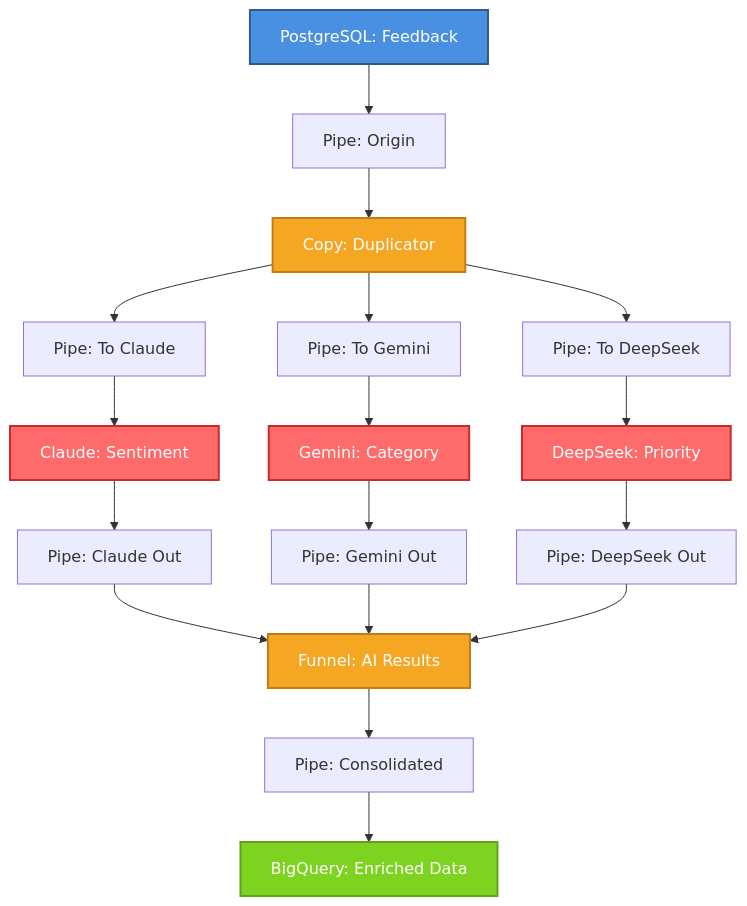
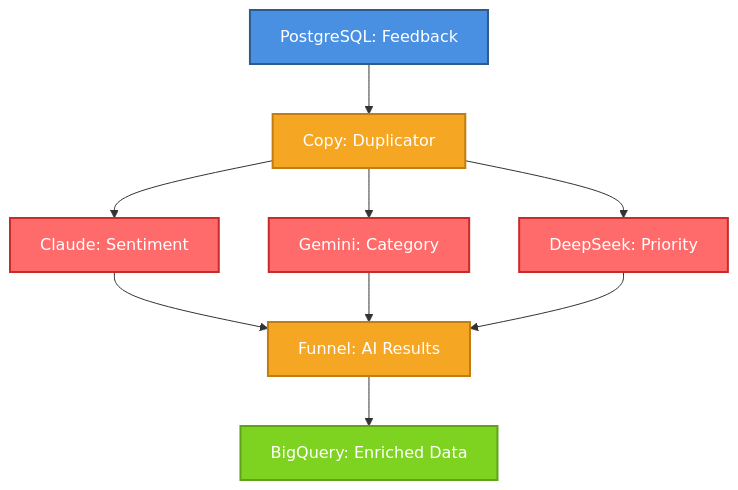
One commit to bernardo-colorado-dubois/open-stage changed the third of 6 diagrams in docs/complex_pipelines.md. Above: the diagram before and after it, drawn with Mermaid. The commit also changed other lines of this file, not shown here.

````diff
--- a/docs/complex_pipelines.md
+++ b/docs/complex_pipelines.md
@@ -423,31 +405,21 @@
 ```mermaid
 flowchart TD
     PG[PostgreSQL: Feedback]:::origin
-    PG --> P1[Pipe: Origin]
     
-    P1 --> Copy[Copy: Duplicator]:::router
+    PG --> Copy[Copy: Duplicator]:::router
     
-    Copy --> P2[Pipe: To Claude]
-    Copy --> P3[Pipe: To Gemini]
-    Copy --> P4[Pipe: To DeepSeek]
+    Copy --> Claude[Claude: Sentiment]:::transformer
+    Copy --> Gemini[Gemini: Category]:::transformer
+    Copy --> DeepSeek[DeepSeek: Priority]:::transformer
     
-    P2 --> Claude[Claude: Sentiment]:::transformer
-    P3 --> Gemini[Gemini: Category]:::transformer
-    P4 --> DeepSeek[DeepSeek: Priority]:::transformer
+    Claude --> Funnel[Funnel: AI Results]:::router
+    Gemini --> Funnel
+    DeepSeek --> Funnel
     
-    Claude --> P5[Pipe: Claude Out]
-    Gemini --> P6[Pipe: Gemini Out]
-    DeepSeek --> P7[Pipe: DeepSeek Out]
-    
-    P5 --> Funnel[Funnel: AI Results]:::router
-    P6 --> Funnel
-    P7 --> Funnel
-    
-    Funnel --> P8[Pipe: Consolidated]
-    P8 --> BQ[BigQuery: Enriched Data]:::destination
+    Funnel --> BQ[BigQuery: Enriched Data]:::destination
     
     classDef origin fill:#4A90E2,stroke:#2E5C8A,stroke-width:2px,color:#fff
     classDef transformer fill:#FF6B6B,stroke:#C92A2A,stroke-width:2px,color:#fff
     classDef router fill:#F5A623,stroke:#C17D11,stroke-width:2px,color:#fff
     classDef destination fill:#7ED321,stroke:#5FA319,stroke-width:2px,color:#fff
 ```
````
